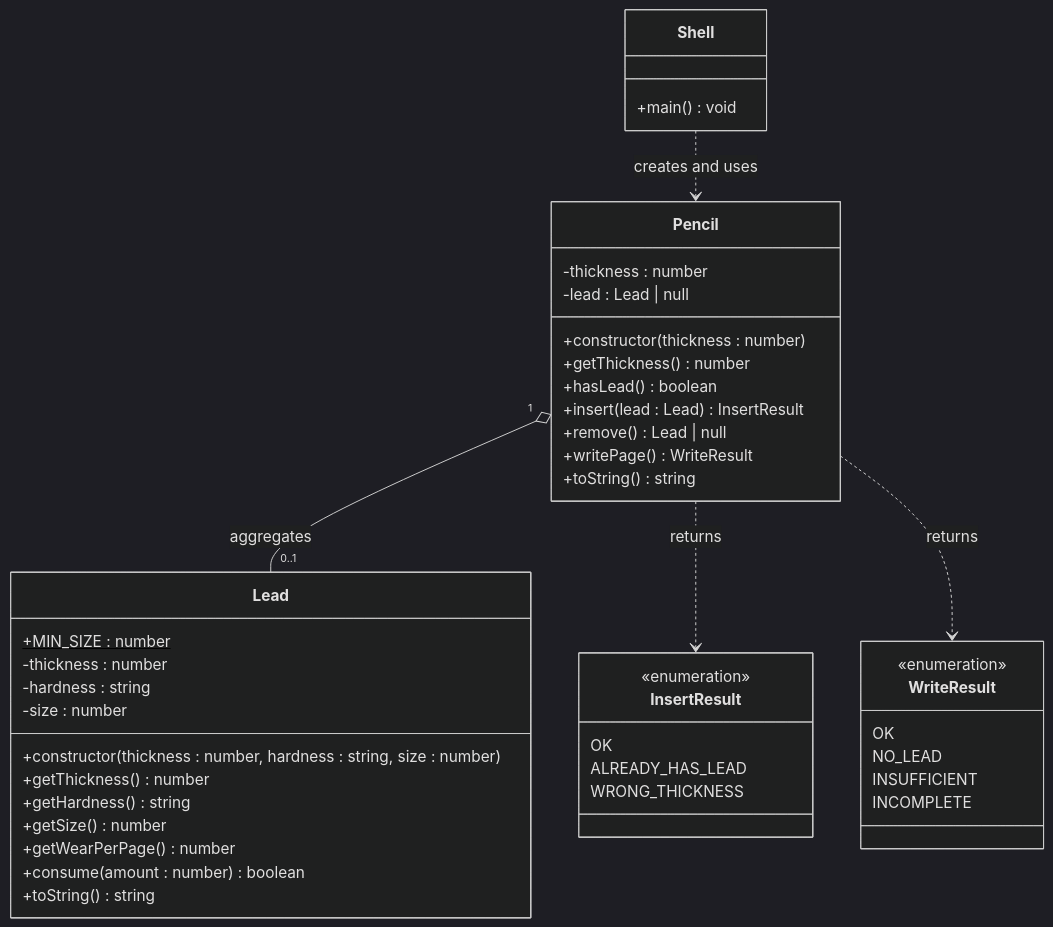
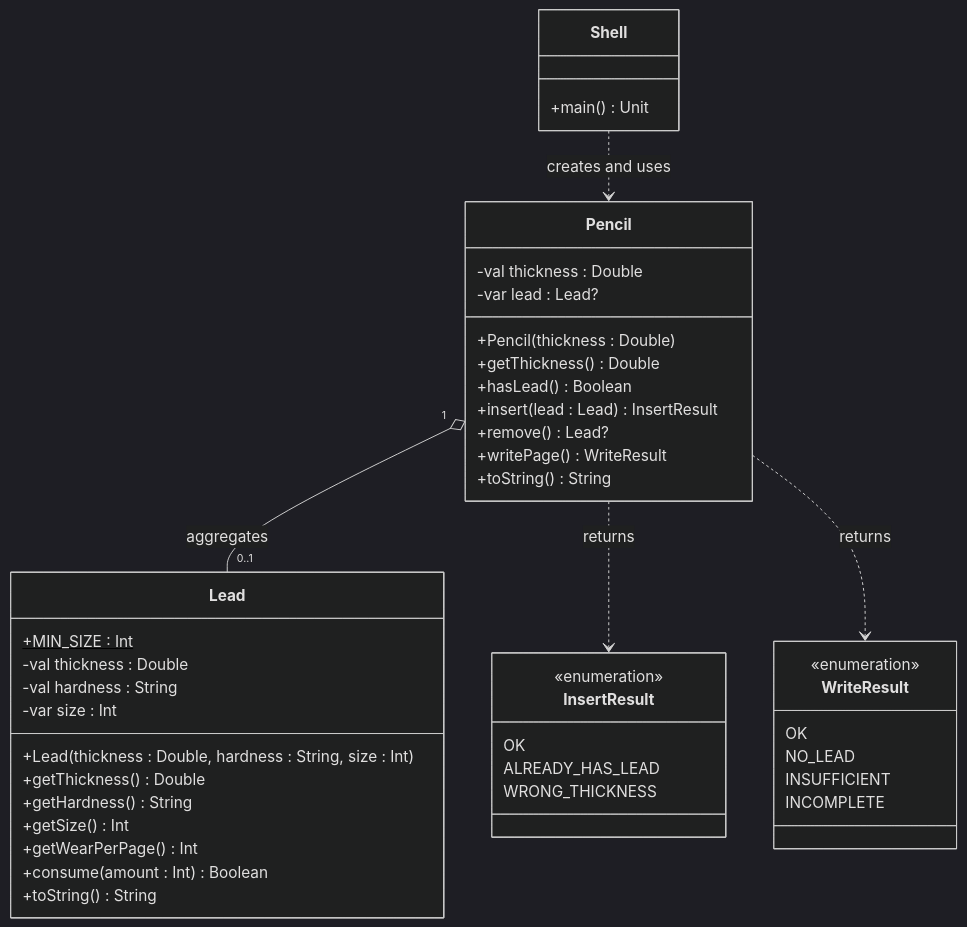
Before and after one commit to qxcodepoo/arcade: the diagram in labs/grafite/README.md, drawn with Mermaid (dark theme). The commit also changed other lines of this file and 201 other files, not shown here.

````diff
--- a/labs/grafite/README.md
+++ b/labs/grafite/README.md
@@ -69,55 +70,55 @@
 ```mermaid
 %%{init: { "fontFamily": "monospace" } }%%
 classDiagram
     direction TB
 
     class InsertResult {
         <<enumeration>>
         OK
         ALREADY_HAS_LEAD
         WRONG_THICKNESS
     }
 
     class WriteResult {
         <<enumeration>>
         OK
         NO_LEAD
         INSUFFICIENT
         INCOMPLETE
     }
 
     class Lead {
-        +MIN_SIZE : number$
-        -thickness : number
-        -hardness : string
-        -size : number
-        +constructor(thickness : number, hardness : string, size : number)
-        +getThickness() number
-        +getHardness() string
-        +getSize() number
-        +getWearPerPage() number
-        +consume(amount : number) boolean
-        +toString() string
+        +MIN_SIZE : Int$
+        -val thickness : Double
+        -val hardness : String
+        -var size : Int
+        +Lead(thickness : Double, hardness : String, size : Int)
+        +getThickness() Double
+        +getHardness() String
+        +getSize() Int
+        +getWearPerPage() Int
+        +consume(amount : Int) Boolean
+        +toString() String
     }
 
     class Pencil {
-        -thickness : number
-        -lead : Lead | null
-        +constructor(thickness : number)
-        +getThickness() number
-        +hasLead() boolean
+        -val thickness : Double
+        -var lead : Lead?
+        +Pencil(thickness : Double)
+        +getThickness() Double
+        +hasLead() Boolean
         +insert(lead : Lead) InsertResult
-        +remove() Lead | null
+        +remove() Lead?
         +writePage() WriteResult
-        +toString() string
+        +toString() String
     }
 
     class Shell {
-        +main() void
+        +main() Unit
     }
 
     Pencil "1" o-- "0..1" Lead : aggregates
     Pencil ..> InsertResult : returns
     Pencil ..> WriteResult : returns
     Shell ..> Pencil : creates and uses
 ```
````
